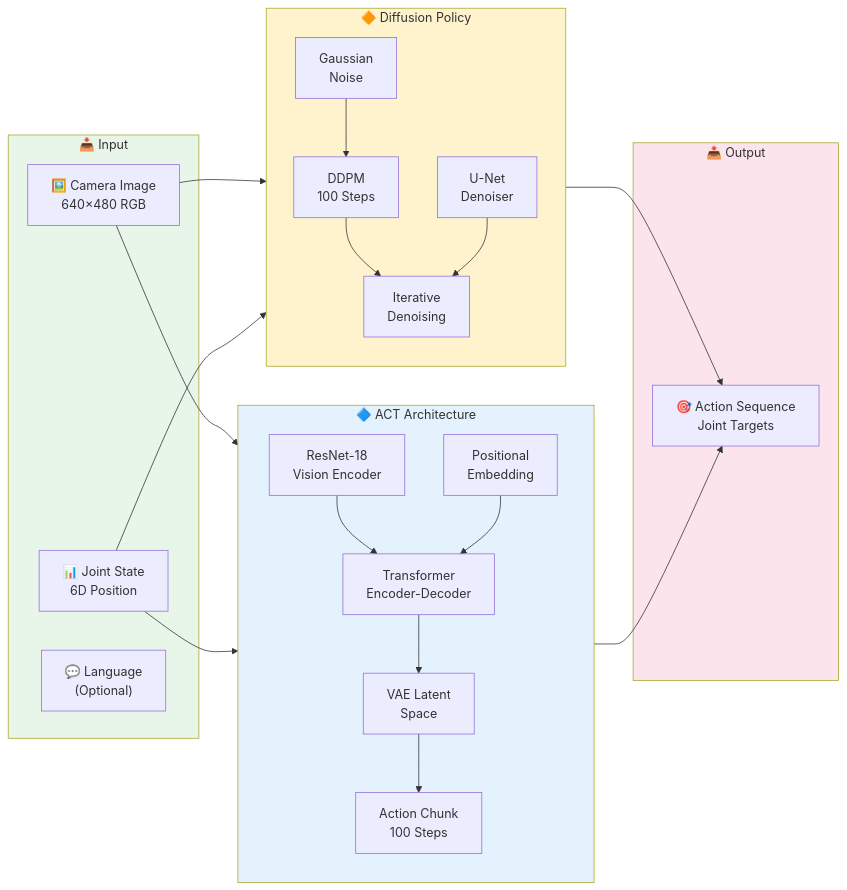
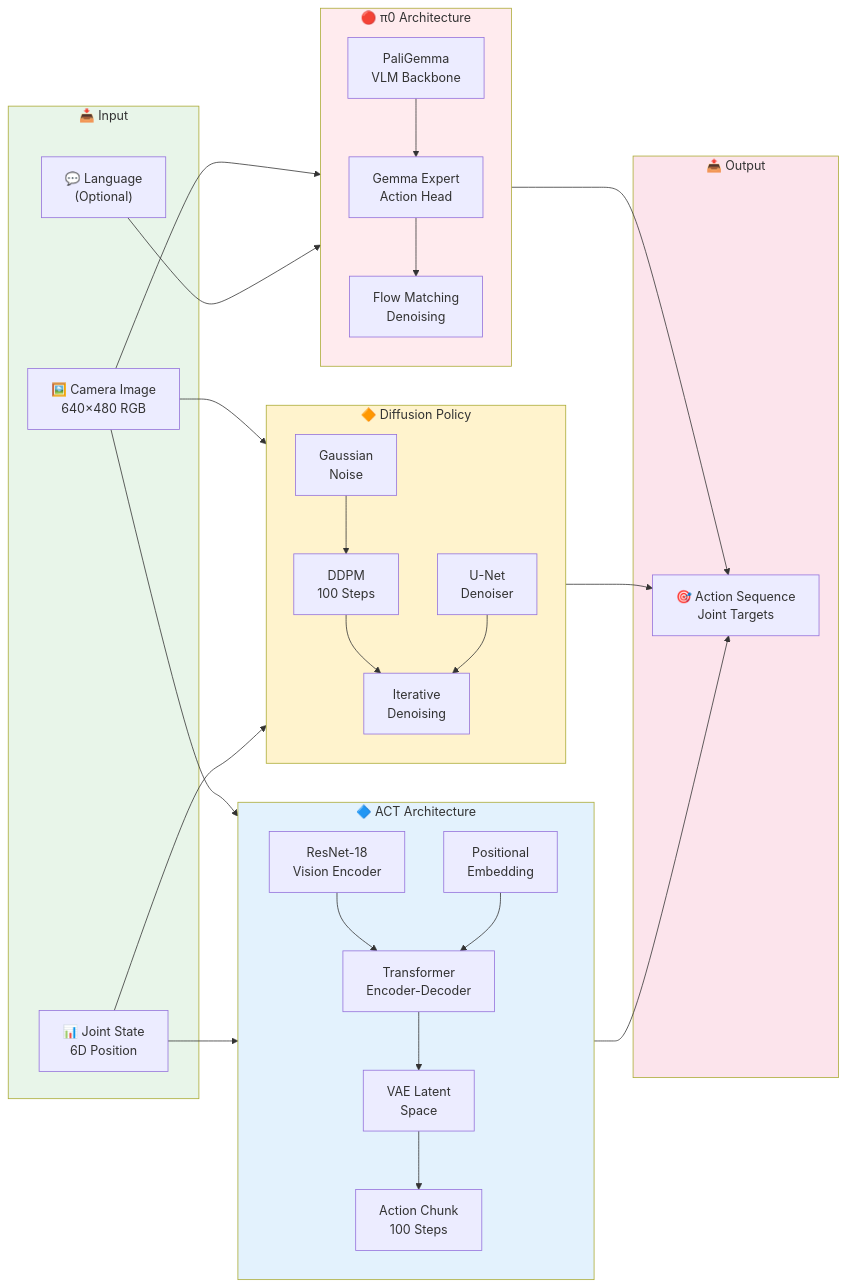
One commit to nu-jliu/nu-jliu.github.io changed the fifth of 5 diagrams in _posts/2025-12-18-allen-vla.md. Above: the diagram before and after it, drawn with Mermaid. The commit also changed other lines of this file and 2 other files, not shown here.

````diff
--- a/_posts/2025-12-18-allen-vla.md
+++ b/_posts/2025-12-18-allen-vla.md
@@ -310,49 +310,63 @@
 ```mermaid
 flowchart LR
     subgraph Input["📥 Input"]
         IMG["🖼️ Camera Image<br/>640×480 RGB"]
         STATE["📊 Joint State<br/>6D Position"]
         LANG["💬 Language<br/>(Optional)"]
     end
 
     subgraph ACT_Model["🔷 ACT Architecture"]
         direction TB
         RESNET["ResNet-18<br/>Vision Encoder"]
         POS_EMB["Positional<br/>Embedding"]
         TRANSFORMER["Transformer<br/>Encoder-Decoder"]
         VAE["VAE Latent<br/>Space"]
         CHUNK["Action Chunk<br/>100 Steps"]
     end
 
     subgraph Diffusion_Model["🔶 Diffusion Policy"]
         direction TB
         UNET["U-Net<br/>Denoiser"]
         NOISE["Gaussian<br/>Noise"]
         DDPM["DDPM<br/>100 Steps"]
         DENOISE["Iterative<br/>Denoising"]
     end
 
+    subgraph Pi0_Model["🔴 π0 Architecture"]
+        direction TB
+        PALIGEMMA["PaliGemma<br/>VLM Backbone"]
+        EXPERT["Gemma Expert<br/>Action Head"]
+        FLOW["Flow Matching<br/>Denoising"]
+    end
+
     subgraph Output["📤 Output"]
         ACTIONS["🎯 Action Sequence<br/>Joint Targets"]
     end
 
     IMG --> RESNET
     STATE --> POS_EMB
     RESNET --> TRANSFORMER
     POS_EMB --> TRANSFORMER
     TRANSFORMER --> VAE
     VAE --> CHUNK
     CHUNK --> ACTIONS
 
     IMG --> UNET
     STATE --> UNET
     NOISE --> DDPM
     DDPM --> DENOISE
     UNET --> DENOISE
     DENOISE --> ACTIONS
 
+    IMG --> PALIGEMMA
+    LANG --> PALIGEMMA
+    PALIGEMMA --> EXPERT
+    EXPERT --> FLOW
+    FLOW --> ACTIONS
+
     style ACT_Model fill:#e3f2fd
     style Diffusion_Model fill:#fff3cd
+    style Pi0_Model fill:#ffebee
     style Input fill:#e8f5e9
     style Output fill:#fce4ec
 ```
````
